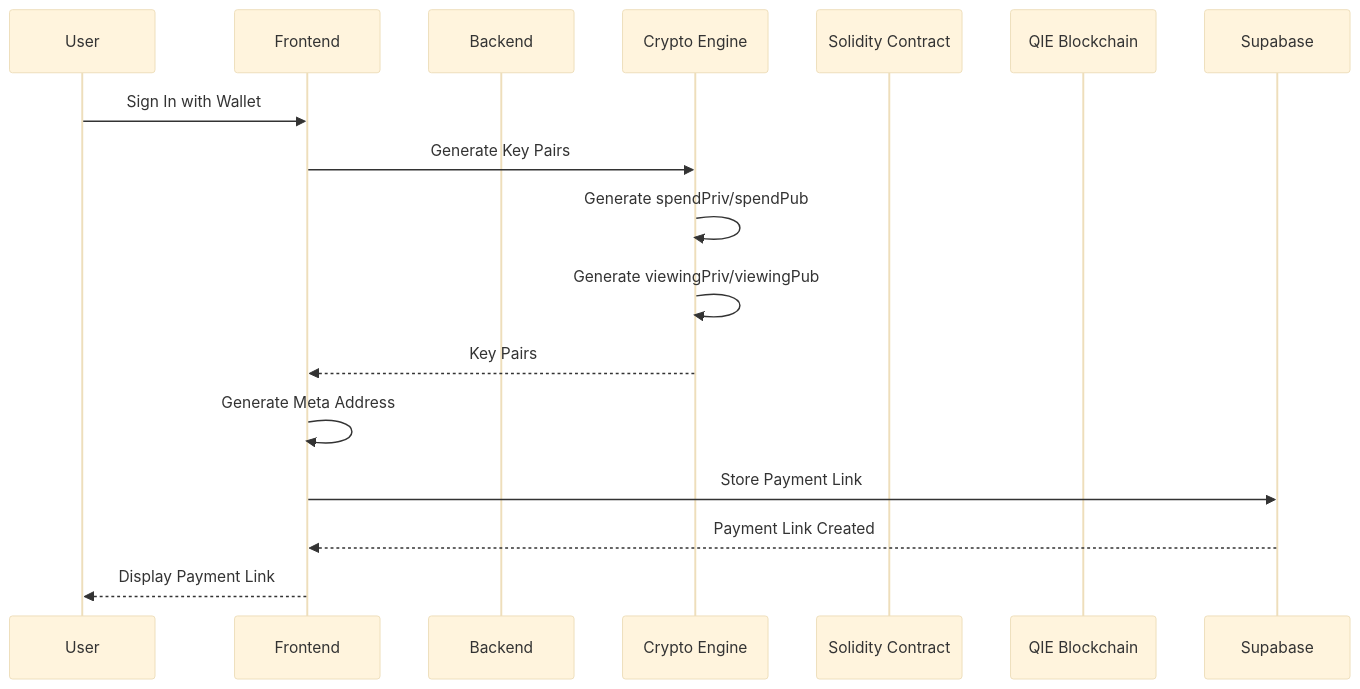
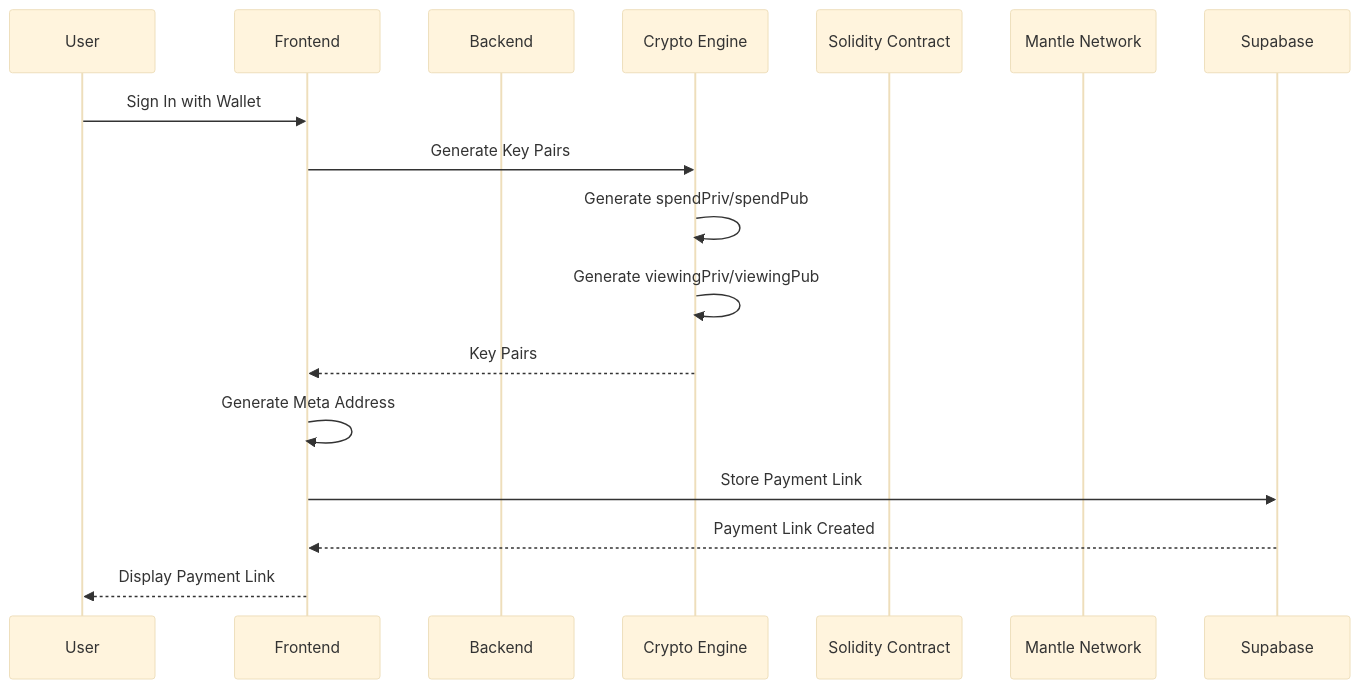
The sixth of 8 diagrams in README.md (AmaanSayyad/Private-Pay-Mantle), drawn with Mermaid (base theme) before and after one commit. The commit also changed other lines of this file and 1 other file, not shown here.

First line of the commit message:
docs: Update README and add feature roadmap for Mantle hackathon

````diff
--- a/README.md
+++ b/README.md
@@ -450,20 +452,20 @@
 ```mermaid
 sequenceDiagram
     participant User
     participant Frontend
     participant Backend
     participant Crypto as Crypto Engine
     participant Solidity as Solidity Contract
-    participant QIE as QIE Blockchain
+    participant Mantle as Mantle Network
     
     User->>Frontend: Sign In with Wallet
     Frontend->>Crypto: Generate Key Pairs
     Crypto->>Crypto: Generate spendPriv/spendPub
     Crypto->>Crypto: Generate viewingPriv/viewingPub
     Crypto-->>Frontend: Key Pairs
     
     Frontend->>Frontend: Generate Meta Address
     Frontend->>Supabase: Store Payment Link
     Supabase-->>Frontend: Payment Link Created
     Frontend-->>User: Display Payment Link
 ```
````
